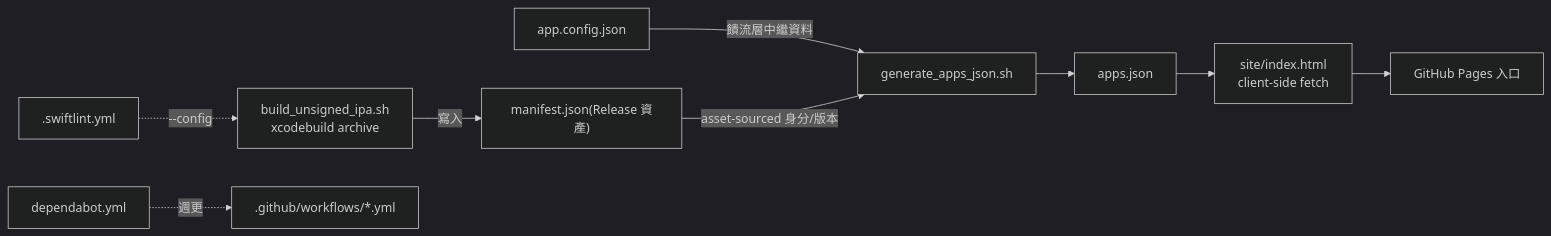
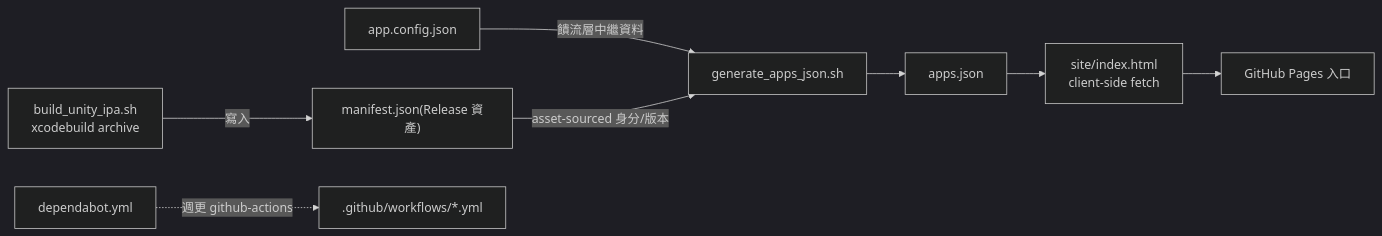
Before and after one commit to Mcc-Mak/ios-app: the diagram in docbase/configurations.md, drawn with Mermaid (dark theme). The commit also changed other lines of this file and 37 other files, not shown here.

````diff
--- a/docbase/configurations.md
+++ b/docbase/configurations.md
@@ -5,11 +5,10 @@
 ```mermaid
 flowchart LR
   cfg["app.config.json"] -->|"饋流層中繼資料"| gen["generate_apps_json.sh"]
   manifest["manifest.json(Release 資產)"] -->|"asset-sourced 身分/版本"| gen
   gen --> apps["apps.json"]
   apps --> site["site/index.html<br/>client-side fetch"]
   site --> portal["GitHub Pages 入口"]
-  swiftlint[".swiftlint.yml"] -.->|--config| build["build_unsigned_ipa.sh<br/>xcodebuild archive"]
-  build -->|"寫入"| manifest
-  dependabot["dependabot.yml"] -.->|"週更"| workflows[".github/workflows/*.yml"]
+  build["build_unity_ipa.sh<br/>xcodebuild archive"] -->|"寫入"| manifest
+  dependabot["dependabot.yml"] -.->|"週更 github-actions"| workflows[".github/workflows/*.yml"]
 ```
````
